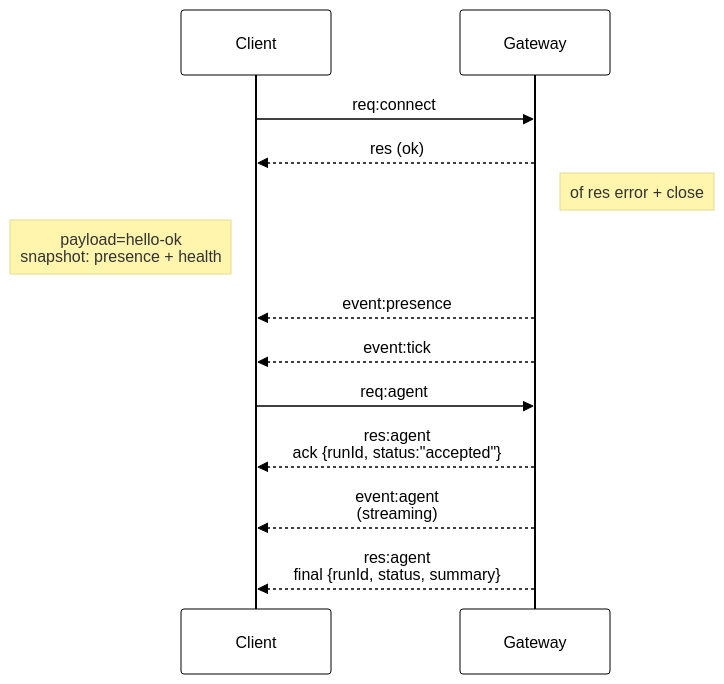
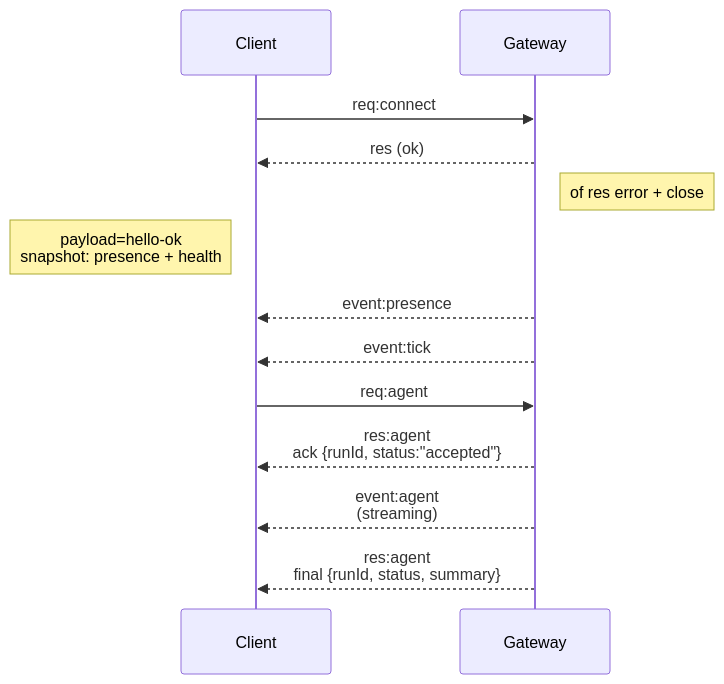
Before and after one commit to johnakelly-yahoo-com/veiseule-openclaw: the diagram in nl/concepts/architecture.md, drawn with Mermaid. The commit also changed other lines of this file and 7264 other files, not shown here.

````diff
--- a/nl/concepts/architecture.md
+++ b/nl/concepts/architecture.md
@@ -55,34 +61,18 @@
 ```mermaid
-%%{init: {
-  'theme': 'base',
-  'themeVariables': {
-    'primaryColor': '#ffffff',
-    'primaryTextColor': '#000000',
-    'primaryBorderColor': '#000000',
-    'lineColor': '#000000',
-    'secondaryColor': '#f9f9fb',
-    'tertiaryColor': '#ffffff',
-    'clusterBkg': '#f9f9fb',
-    'clusterBorder': '#000000',
-    'nodeBorder': '#000000',
-    'mainBkg': '#ffffff',
-    'edgeLabelBackground': '#ffffff'
-  }
-}}%%
 sequenceDiagram
     participant Client
     participant Gateway
 
     Client->>Gateway: req:connect
     Gateway-->>Client: res (ok)
     Note right of Gateway: of res error + close
     Note left of Client: payload=hello-ok<br>snapshot: presence + health
 
     Gateway-->>Client: event:presence
     Gateway-->>Client: event:tick
 
     Client->>Gateway: req:agent
     Gateway-->>Client: res:agent<br>ack {runId, status:"accepted"}
     Gateway-->>Client: event:agent<br>(streaming)
     Gateway-->>Client: res:agent<br>final {runId, status, summary}
 ```
````
